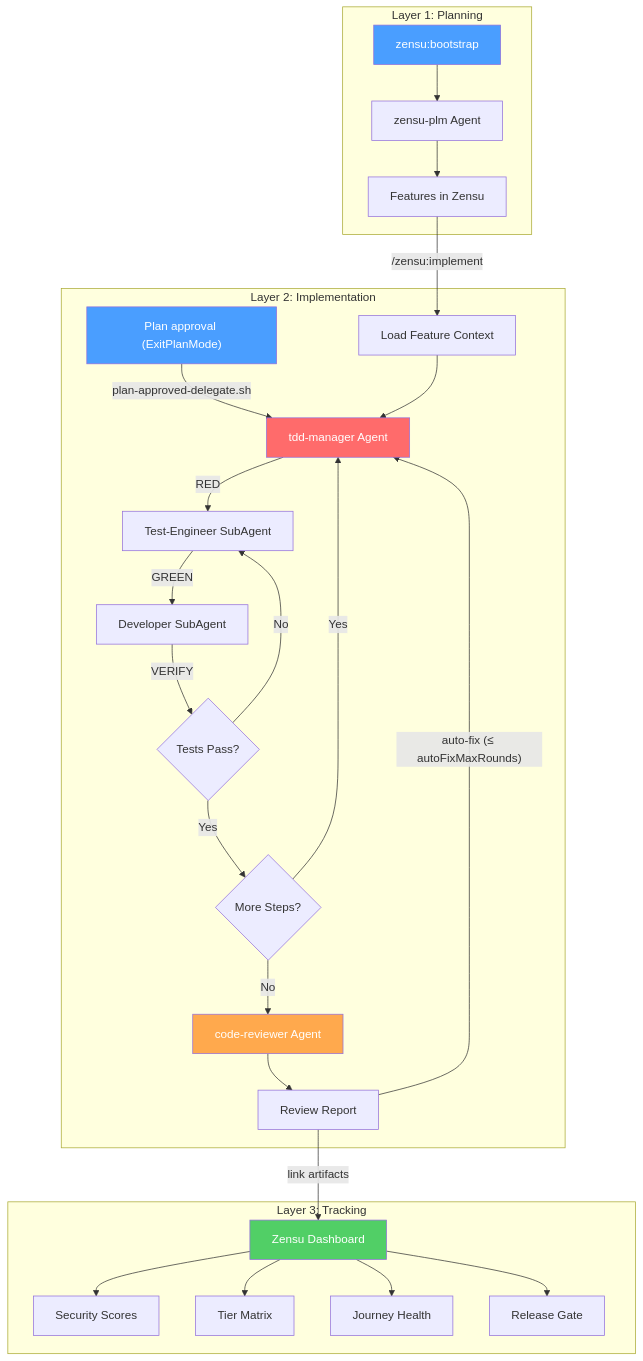
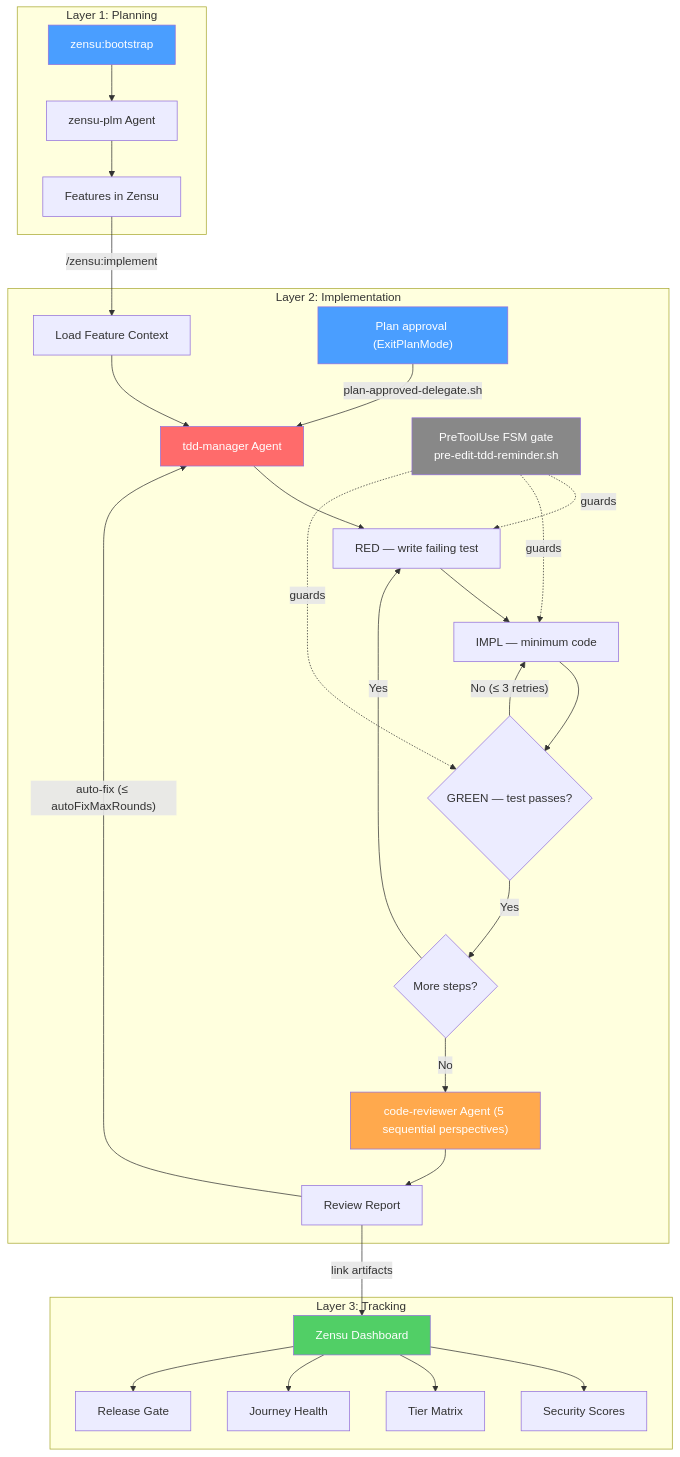
The diagram in README.md (MKITConsulting/zensu-claude-code), drawn with Mermaid before and after one commit. The commit also changed other lines of this file, not shown here.

````diff
--- a/README.md
+++ b/README.md
@@ -25,36 +25,40 @@
 ```mermaid
 flowchart TD
     subgraph Planning["Layer 1: Planning"]
         A["zensu:bootstrap"] --> B["zensu-plm Agent"]
         B --> C["Features in Zensu"]
     end
 
     subgraph Implementation["Layer 2: Implementation"]
         C -->|"/zensu:implement"| D["Load Feature Context"]
         PLAN["Plan approval (ExitPlanMode)"] -->|"plan-approved-delegate.sh"| E
         D --> E["tdd-manager Agent"]
-        E -->|"RED"| F["Test-Engineer SubAgent"]
-        F -->|"GREEN"| G["Developer SubAgent"]
-        G -->|"VERIFY"| H{"Tests Pass?"}
-        H -->|"No"| F
-        H -->|"Yes"| I{"More Steps?"}
-        I -->|"Yes"| E
-        I -->|"No"| K["code-reviewer Agent"]
+        E --> RED["RED — write failing test"]
+        RED --> IMPL["IMPL — minimum code"]
+        IMPL --> GREEN{"GREEN — test passes?"}
+        GREEN -->|"No (≤ 3 retries)"| IMPL
+        GREEN -->|"Yes"| NEXT{"More steps?"}
+        NEXT -->|"Yes"| RED
+        NEXT -->|"No"| K["code-reviewer Agent (5 sequential perspectives)"]
         K --> L["Review Report"]
         L -->|"auto-fix (≤ autoFixMaxRounds)"| E
+        GATE["PreToolUse FSM gate<br/>pre-edit-tdd-reminder.sh"] -.guards.-> RED
+        GATE -.guards.-> IMPL
+        GATE -.guards.-> GREEN
     end
 
     subgraph Tracking["Layer 3: Tracking"]
         L -->|"link artifacts"| M["Zensu Dashboard"]
         M --> N["Security Scores"]
         M --> O["Tier Matrix"]
         M --> P["Journey Health"]
         M --> Q["Release Gate"]
     end
 
     style A fill:#4a9eff,color:#fff
     style PLAN fill:#4a9eff,color:#fff
     style E fill:#ff6b6b,color:#fff
+    style GATE fill:#888,color:#fff
     style K fill:#ffa94d,color:#fff
     style M fill:#51cf66,color:#fff
 ```
````
